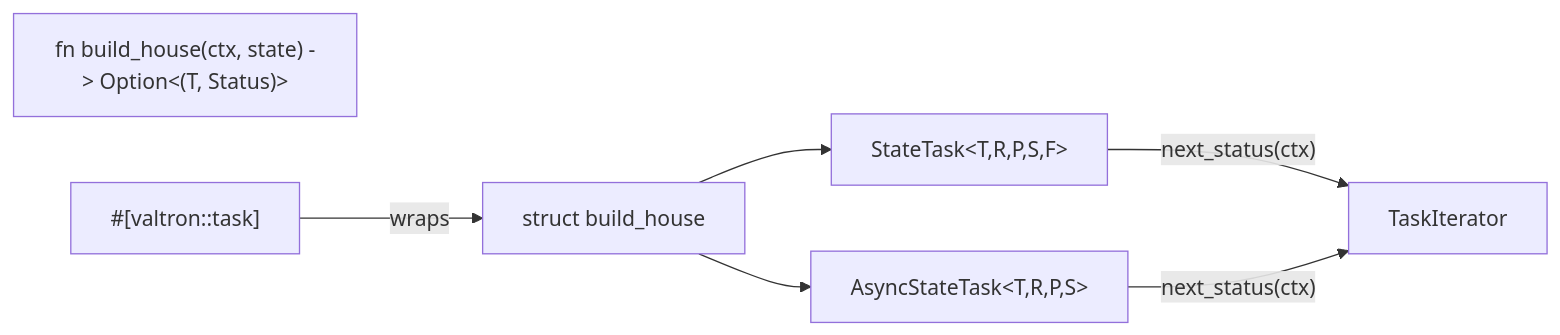
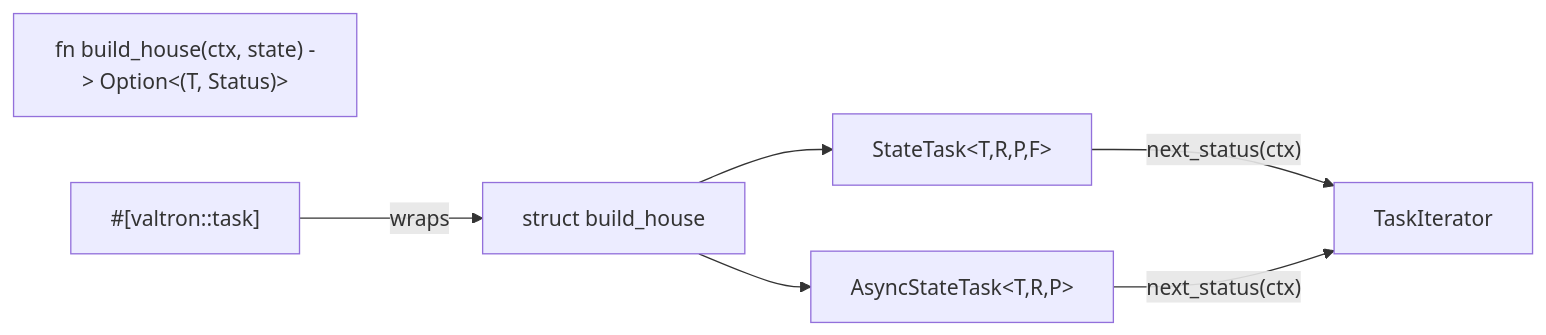
The diagram in specifications/64-valtron-stream-task/features/06-state-task/feature.md (ewe-studios/ewe_platform), drawn with Mermaid before and after one commit. The commit also changed other lines of this file and 121 other files, not shown here.

````diff
--- a/specifications/64-valtron-stream-task/features/06-state-task/feature.md
+++ b/specifications/64-valtron-stream-task/features/06-state-task/feature.md
@@ -101,9 +260,9 @@
 ```mermaid
 graph LR
     F["fn build_house(ctx, state) -> Option<(T, Status)>"]
     M["#[valtron::task]"] -->|"wraps"| G["struct build_house"]
-    G --> S["StateTask&lt;T,R,P,S,F&gt;"]
-    G --> A["AsyncStateTask&lt;T,R,P,S&gt;"]
+    G --> S["StateTask&lt;T,R,P,F&gt;"]
+    G --> A["AsyncStateTask&lt;T,R,P&gt;"]
     S -->|"next_status(ctx)"| TI["TaskIterator"]
     A -->|"next_status(ctx)"| TI
 ```
````
